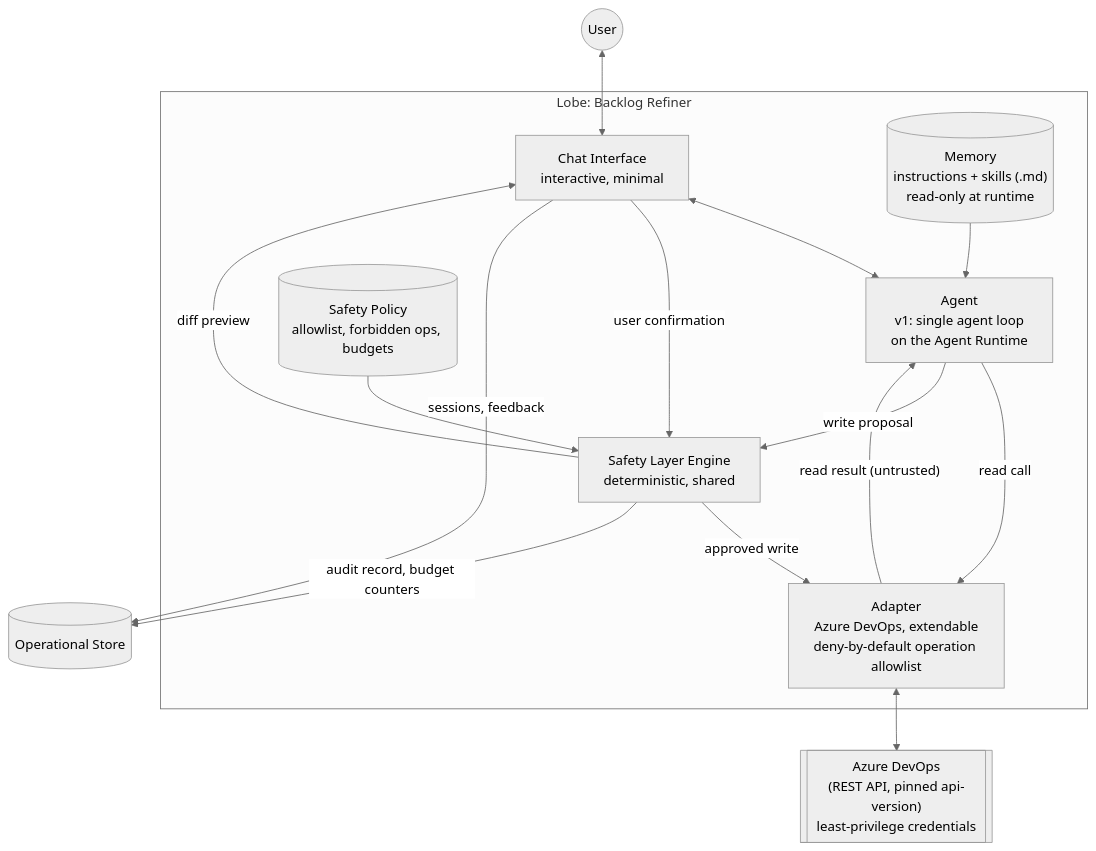
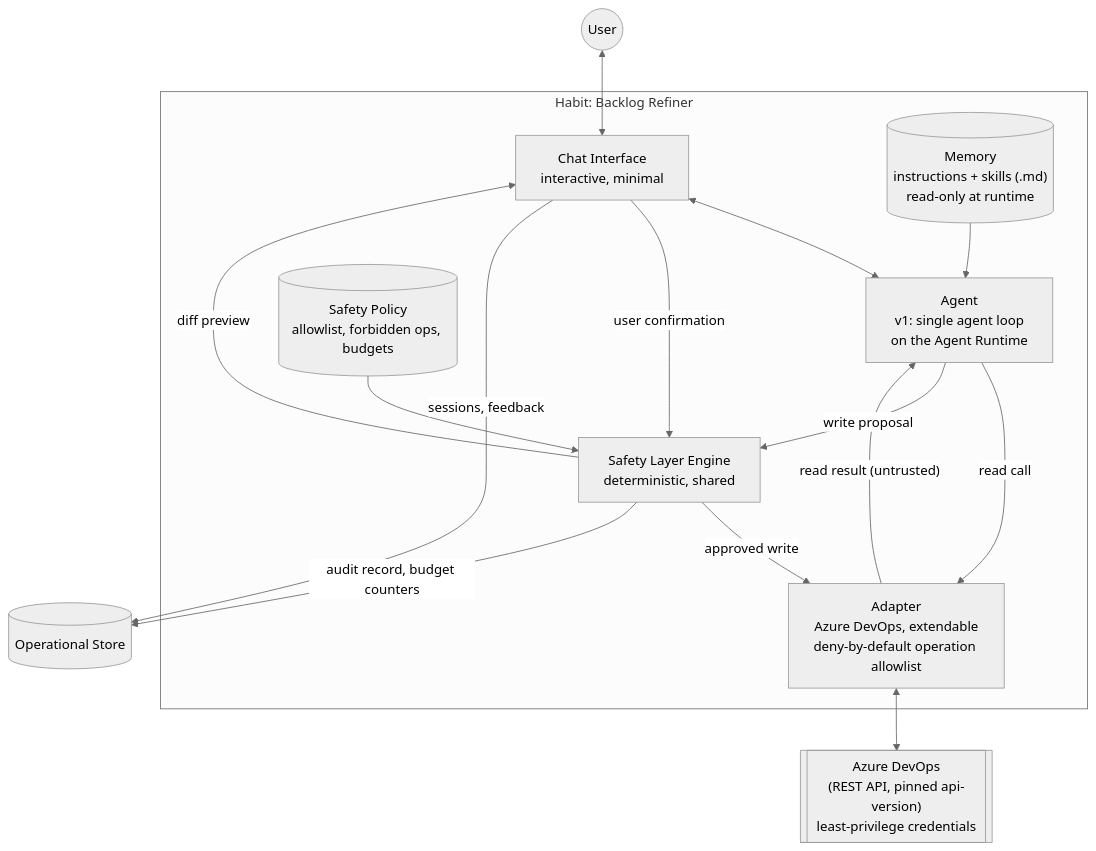
One commit to emiralpayar/pan-galactic-habit changed the second of 2 diagrams in ARCHITECTURE.md. Above: the diagram before and after it, drawn with Mermaid (neutral theme). The commit also changed other lines of this file and 38 other files, not shown here.

First line of the commit message:
docs(repo): rename "lobe" to "habit" (#8)

````diff
--- a/ARCHITECTURE.md
+++ b/ARCHITECTURE.md
@@ -113,32 +113,32 @@
 ```mermaid
 flowchart TD
     USER(("User"))
 
-    subgraph LB["Lobe: Backlog Refiner"]
+    subgraph LB["Habit: Backlog Refiner"]
         CHAT["Chat Interface<br/>interactive, minimal"]
         AG["Agent<br/>v1: single agent loop<br/>on the Agent Runtime"]
         MEM[("Memory<br/>instructions + skills (.md)<br/>read-only at runtime")]
         POL[("Safety Policy<br/>allowlist, forbidden ops, budgets")]
         SL["Safety Layer Engine<br/>deterministic, shared"]
         AD["Adapter<br/>Azure DevOps, extendable<br/>deny-by-default operation allowlist"]
 
         CHAT <--> AG
         MEM --> AG
         POL --> SL
         AG -- "read call" --> AD
         AD -- "read result (untrusted)" --> AG
         AG -- "write proposal" --> SL
         SL -- "diff preview" --> CHAT
         CHAT -- "user confirmation" --> SL
         SL -- "approved write" --> AD
     end
 
     USER <--> CHAT
 
     ADO[["Azure DevOps<br/>(REST API, pinned api-version)<br/>least-privilege credentials"]]
     AD <--> ADO
 
     OPS[("Operational Store")]
     SL -- "audit record, budget counters" --> OPS
     CHAT -- "sessions, feedback" --> OPS
 ```
````
